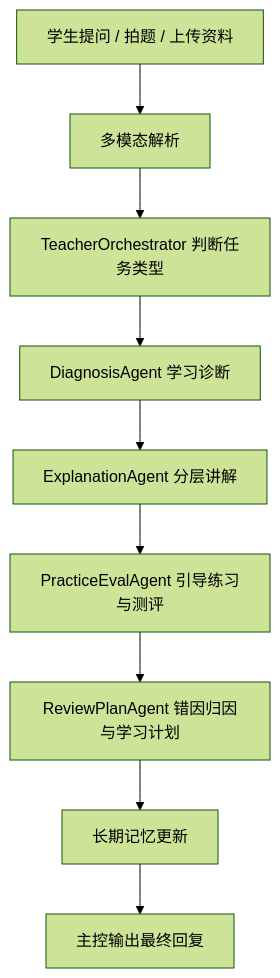
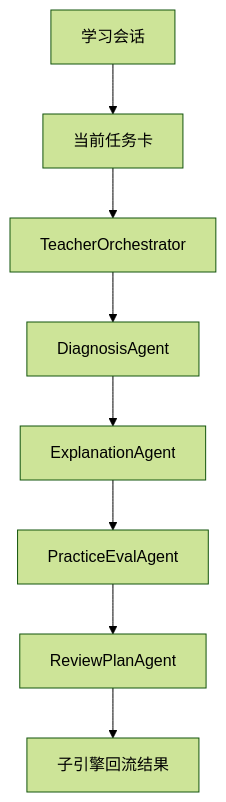
Before and after one commit to chenqsq/doc-showcase: the diagram in doc/智能体文档/子引擎层/实施附录/01-P0-Multi-Agent学生主闭环-架构设计.md, drawn with Mermaid (forest theme). The commit also changed other lines of this file and 20 other files, not shown here.

````diff
--- a/doc/智能体文档/子引擎层/实施附录/01-P0-Multi-Agent学生主闭环-架构设计.md
+++ b/doc/智能体文档/子引擎层/实施附录/01-P0-Multi-Agent学生主闭环-架构设计.md
@@ -184,11 +61,10 @@
 ```mermaid
 flowchart TD
-    A["学生提问 / 拍题 / 上传资料"] --> B["多模态解析"]
-    B --> C["TeacherOrchestrator 判断任务类型"]
-    C --> D["DiagnosisAgent 学习诊断"]
-    D --> E["ExplanationAgent 分层讲解"]
-    E --> F["PracticeEvalAgent 引导练习与测评"]
-    F --> G["ReviewPlanAgent 错因归因与学习计划"]
-    G --> H["长期记忆更新"]
-    H --> I["主控输出最终回复"]
+    A["学习会话"] --> B["当前任务卡"]
+    B --> C["TeacherOrchestrator"]
+    C --> D["DiagnosisAgent"]
+    D --> E["ExplanationAgent"]
+    E --> F["PracticeEvalAgent"]
+    F --> G["ReviewPlanAgent"]
+    G --> H["子引擎回流结果"]
 ```
````
